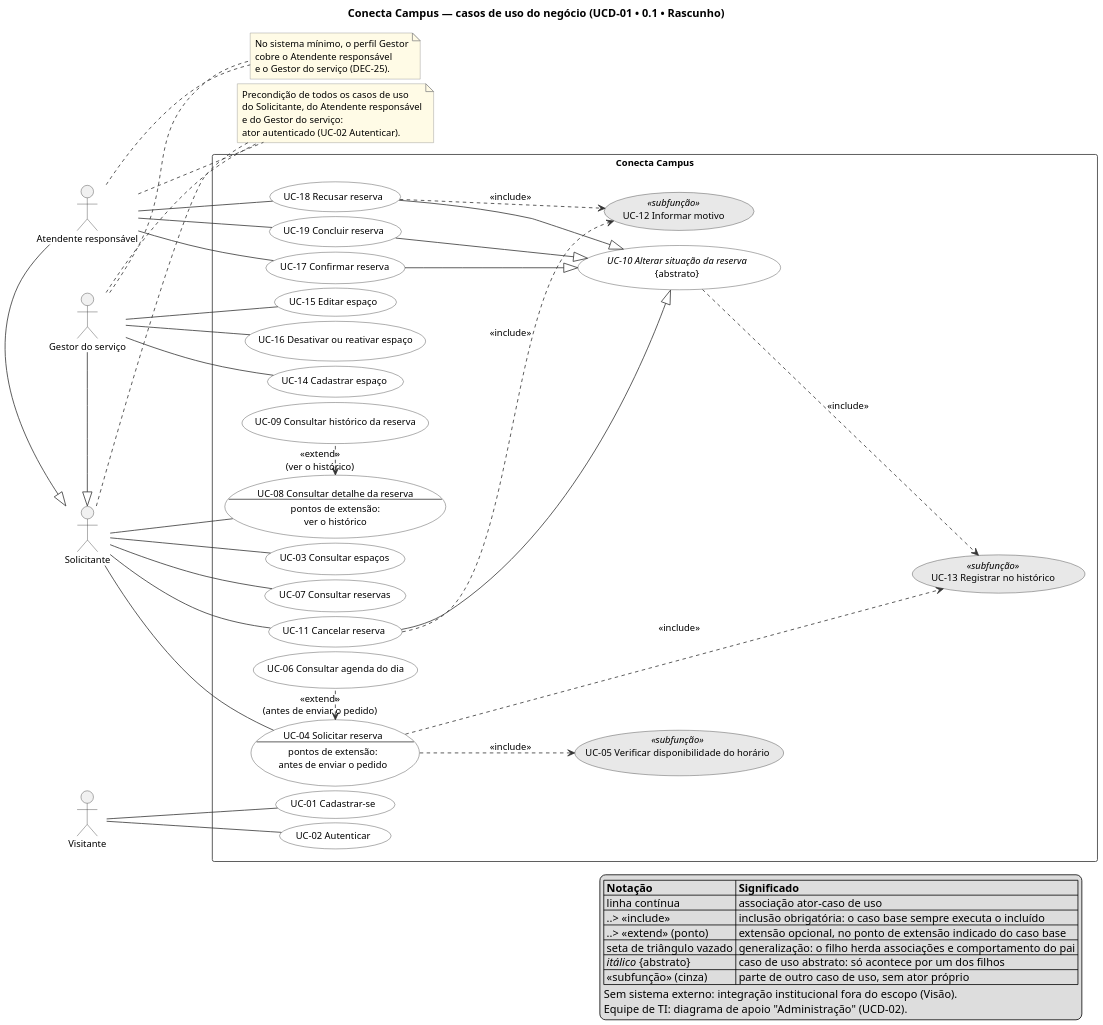
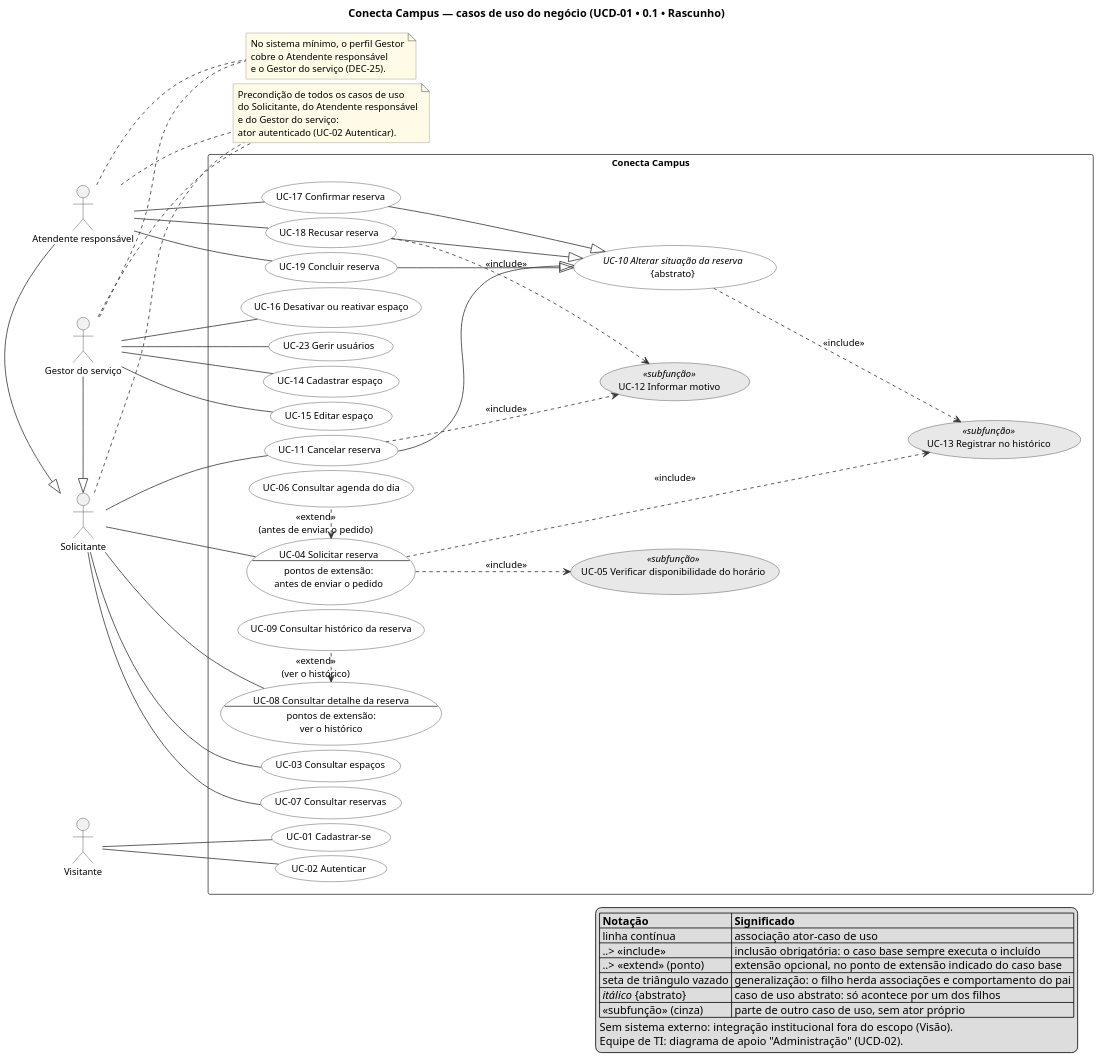
The diagram in docs/fontes/requisitos/casos-de-uso/diagrama-casos-de-uso.puml (maxzdosreis/PP_Grupo03_ConectaCampus), drawn with PlantUML before and after one commit. The commit also changed 76 other files, not shown here.

Commit message:
feat(contas): permite ao Gestor listar usuários, alterar perfil e desativar contas

```diff
--- a/docs/fontes/requisitos/casos-de-uso/diagrama-casos-de-uso.puml
+++ b/docs/fontes/requisitos/casos-de-uso/diagrama-casos-de-uso.puml
@@ -1,119 +1,121 @@
 @startuml diagrama-casos-de-uso
 ' UCD-01 • 0.1 • Rascunho — diagrama de casos de uso do negócio (REQ-03).
 ' Fonte versionada. Os arquivos .svg e .png ao lado são GERADOS a partir deste
 ' arquivo (comando no README.md desta pasta): não os edite à mão.
 ' Nomes de atores e casos de uso: glossario.md. Decisões de modelagem: README.md.
 
 left to right direction
 skinparam dpi 150
 skinparam shadowing false
 ' Menos espaço entre linhas e mais entre colunas: cabe melhor numa A4 deitada.
 skinparam nodesep 6
 skinparam ranksep 110
 skinparam defaultFontSize 12
 skinparam ArrowColor #333333
 skinparam ActorBorderColor #333333
 skinparam RectangleBorderColor #333333
 skinparam NoteBorderColor #888888
 skinparam NoteBackgroundColor #FFFBE6
 skinparam usecase {
   BackgroundColor #FFFFFF
   BorderColor #333333
   BackgroundColor<<subfunção>> #E8E8E8
 }
 
 title Conecta Campus — casos de uso do negócio (UCD-01 • 0.1 • Rascunho)
 
 actor "Gestor do serviço" as GestorDoServico
 actor "Atendente responsável" as Atendente
 actor Solicitante
 actor Visitante
 ' Generalização de atores: o Atendente responsável e o Gestor do serviço são Solicitantes com
 ' mais casos de uso. No sistema mínimo (DEC-25), um perfil só, o Gestor, cobre os dois papéis.
 ' Um traço só deixa os atores na mesma coluna.
 Atendente -|> Solicitante
 GestorDoServico -|> Solicitante
 
 rectangle "Conecta Campus" {
   usecase "UC-03 Consultar espaços" as UC03
   usecase "UC-04 Solicitar reserva\n--\npontos de extensão:\nantes de enviar o pedido" as UC04
   usecase "UC-05 Verificar disponibilidade do horário" as UC05 <<subfunção>>
   usecase "UC-06 Consultar agenda do dia" as UC06
   usecase "UC-07 Consultar reservas" as UC07
   usecase "UC-08 Consultar detalhe da reserva\n--\npontos de extensão:\nver o histórico" as UC08
   usecase "UC-09 Consultar histórico da reserva" as UC09
   usecase "//UC-10 Alterar situação da reserva//\n{abstrato}" as UC10
   usecase "UC-11 Cancelar reserva" as UC11
   usecase "UC-12 Informar motivo" as UC12 <<subfunção>>
   usecase "UC-13 Registrar no histórico" as UC13 <<subfunção>>
 
   usecase "UC-14 Cadastrar espaço" as UC14
   usecase "UC-15 Editar espaço" as UC15
   usecase "UC-16 Desativar ou reativar espaço" as UC16
   usecase "UC-17 Confirmar reserva" as UC17
   usecase "UC-18 Recusar reserva" as UC18
   usecase "UC-19 Concluir reserva" as UC19
+  usecase "UC-23 Gerir usuários" as UC23
 
   usecase "UC-01 Cadastrar-se" as UC01
   usecase "UC-02 Autenticar" as UC02
 }
 
 ' Associações ator–caso de uso (o Atendente responsável e o Gestor do serviço herdam as do Solicitante). UC-06 e UC-09
 ' não têm associação própria: só acontecem como extensão de UC-04 e UC-08.
 Visitante -- UC01
 Visitante -- UC02
 
 Solicitante -- UC03
 Solicitante -- UC04
 Solicitante -- UC07
 Solicitante -- UC08
 Solicitante -- UC11
 
 GestorDoServico -- UC14
 GestorDoServico -- UC15
 GestorDoServico -- UC16
+GestorDoServico -- UC23
 Atendente -- UC17
 Atendente -- UC18
 Atendente -- UC19
 
 ' Inclusões (obrigatórias): base ..> incluído ("...>" é a mesma seta, mais longa, só de layout)
 UC04 ..> UC05 : <<include>>
 UC04 ...> UC13 : <<include>>
 UC10 ..> UC13 : <<include>>
 UC11 ..> UC12 : <<include>>
 UC18 ..> UC12 : <<include>>
 
 ' Extensões (opcionais): a seta vai da extensão para a base, no ponto de extensão
 ' indicado. Escritas como "base <. extensão" (um ponto) só para a extensão ficar logo abaixo da base.
 UC04 <. UC06 : <<extend>>\n(antes de enviar o pedido)
 UC08 <. UC09 : <<extend>>\n(ver o histórico)
 
 
 ' Generalização entre casos de uso: filho --|> pai abstrato
 UC11 --|> UC10
 UC17 --|> UC10
 UC18 --|> UC10
 UC19 --|> UC10
 
 note "Precondição de todos os casos de uso\ndo Solicitante, do Atendente responsável\ne do Gestor do serviço:\nator autenticado (UC-02 Autenticar)." as PRECONDICAO
 Solicitante .. PRECONDICAO
 Atendente .. PRECONDICAO
 GestorDoServico .. PRECONDICAO
 
 note "No sistema mínimo, o perfil Gestor\ncobre o Atendente responsável\ne o Gestor do serviço (DEC-25)." as PERFILUNICO
 Atendente .. PERFILUNICO
 GestorDoServico .. PERFILUNICO
 
 legend right
   |= Notação |= Significado |
   | linha contínua | associação ator–caso de uso |
   | ..> <<include>> | inclusão obrigatória: o caso base sempre executa o incluído |
   | ..> <<extend>> (ponto) | extensão opcional, no ponto de extensão indicado do caso base |
   | seta de triângulo vazado | generalização: o filho herda associações e comportamento do pai |
   | //itálico// {abstrato} | caso de uso abstrato: só acontece por um dos filhos |
   | <<subfunção>> (cinza) | parte de outro caso de uso, sem ator próprio |
   Sem sistema externo: integração institucional fora do escopo (Visão).
   Equipe de TI: diagrama de apoio "Administração" (UCD-02).
 endlegend
 
 @enduml
```
